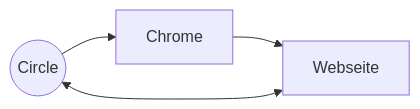
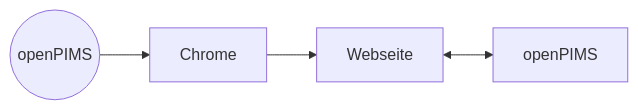
The first of 2 diagrams in README.md (openpims/openpims), drawn with Mermaid before and after one commit.

````diff
--- a/README.md
+++ b/README.md
@@ -8,6 +8,6 @@
 ```mermaid
   graph LR;
-      openPIMS((Circle))-->Chrome;
+      A((openPIMS))-->Chrome;
       Chrome-->Webseite;
       Webseite<-->openPIMS;
 ```
````
